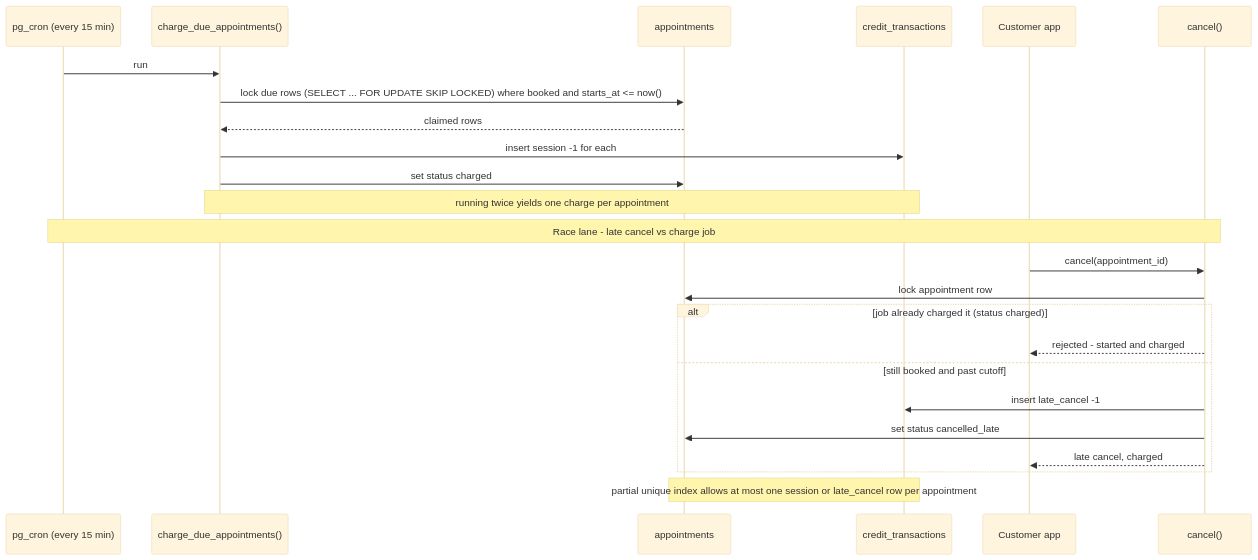
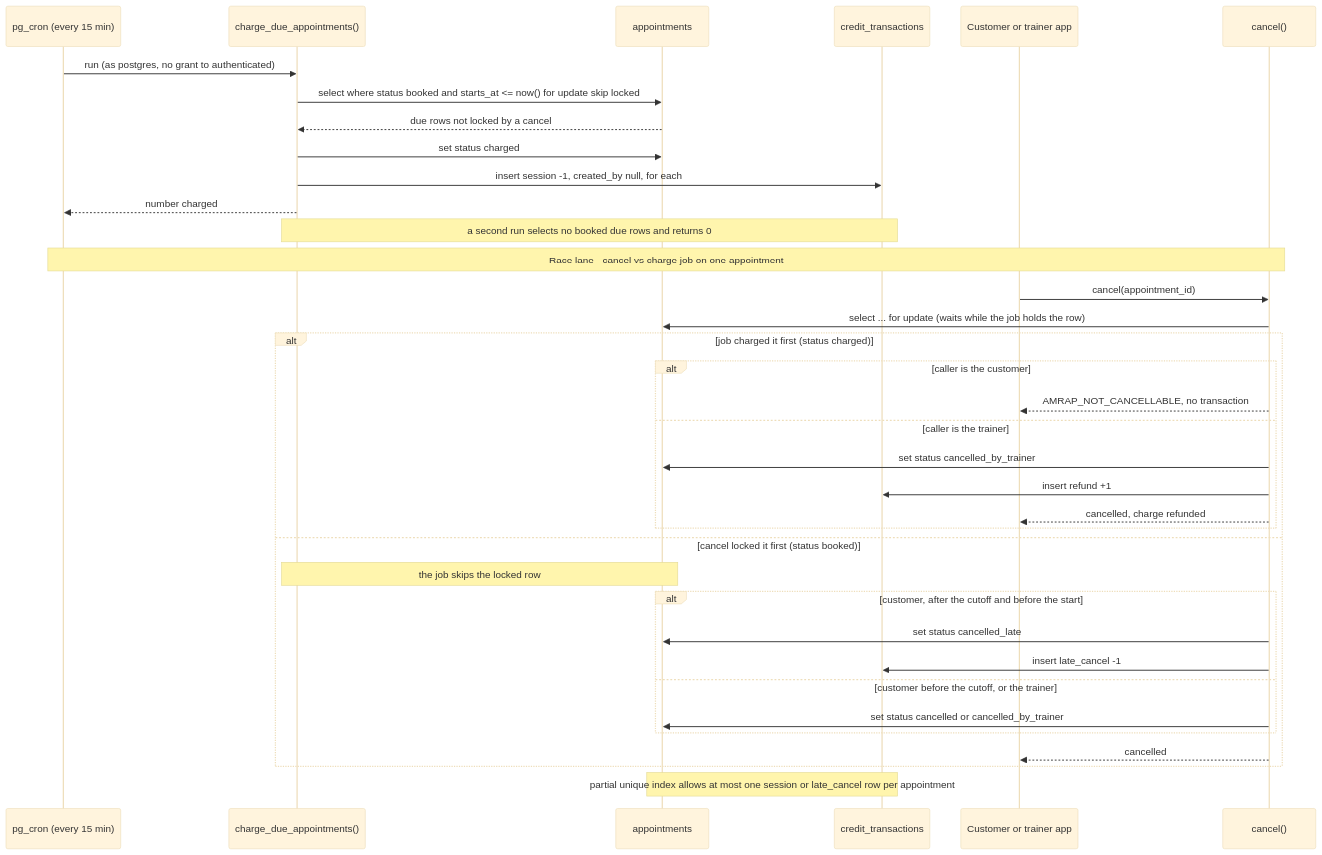
Before and after one commit to JasaGlazar/amrap: the diagram in docs/architecture/charging-sequence.md, drawn with Mermaid (base theme). The commit also changed other lines of this file and 6 other files, not shown here.

First line of the commit message:
feat(db): charge_due_appointments job function

````diff
--- a/docs/architecture/charging-sequence.md
+++ b/docs/architecture/charging-sequence.md
@@ -9,28 +12,40 @@
 ```mermaid
 sequenceDiagram
     participant Cron as pg_cron (every 15 min)
     participant Job as charge_due_appointments()
     participant Appt as appointments
     participant Ledger as credit_transactions
-    participant Cust as Customer app
+    participant App as Customer or trainer app
     participant Cancel as cancel()
 
-    Cron->>Job: run
-    Job->>Appt: lock due rows (SELECT ... FOR UPDATE SKIP LOCKED) where booked and starts_at <= now()
-    Appt-->>Job: claimed rows
-    Job->>Ledger: insert session -1 for each
+    Cron->>Job: run (as postgres, no grant to authenticated)
+    Job->>Appt: select where status booked and starts_at <= now() for update skip locked
+    Appt-->>Job: due rows not locked by a cancel
     Job->>Appt: set status charged
-    Note over Job,Ledger: running twice yields one charge per appointment
+    Job->>Ledger: insert session -1, created_by null, for each
+    Job-->>Cron: number charged
+    Note over Job,Ledger: a second run selects no booked due rows and returns 0
 
-    Note over Cron,Cancel: Race lane - late cancel vs charge job
-    Cust->>Cancel: cancel(appointment_id)
-    Cancel->>Appt: lock appointment row
-    alt job already charged it (status charged)
-        Cancel-->>Cust: rejected - started and charged
-    else still booked and past cutoff
-        Cancel->>Ledger: insert late_cancel -1
-        Cancel->>Appt: set status cancelled_late
-        Cancel-->>Cust: late cancel, charged
+    Note over Cron,Cancel: Race lane - cancel vs charge job on one appointment
+    App->>Cancel: cancel(appointment_id)
+    Cancel->>Appt: select ... for update (waits while the job holds the row)
+    alt job charged it first (status charged)
+        alt caller is the customer
+            Cancel-->>App: AMRAP_NOT_CANCELLABLE, no transaction
+        else caller is the trainer
+            Cancel->>Appt: set status cancelled_by_trainer
+            Cancel->>Ledger: insert refund +1
+            Cancel-->>App: cancelled, charge refunded
+        end
+    else cancel locked it first (status booked)
+        Note over Job,Appt: the job skips the locked row
+        alt customer, after the cutoff and before the start
+            Cancel->>Appt: set status cancelled_late
+            Cancel->>Ledger: insert late_cancel -1
+        else customer before the cutoff, or the trainer
+            Cancel->>Appt: set status cancelled or cancelled_by_trainer
+        end
+        Cancel-->>App: cancelled
     end
     Note over Appt,Ledger: partial unique index allows at most one session or late_cancel row per appointment
 ```
````
